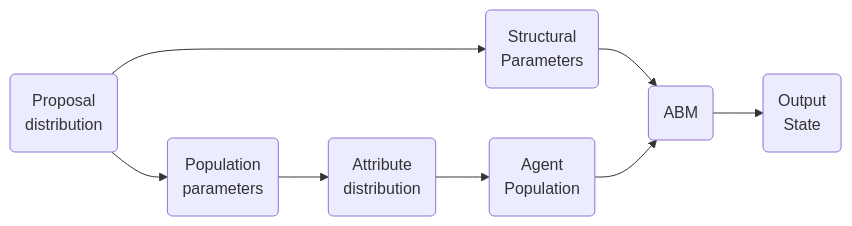
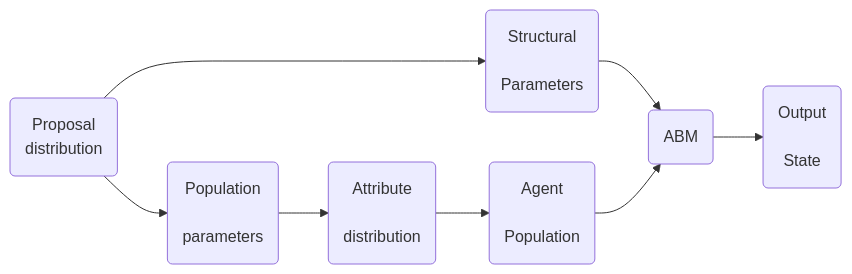
One commit to nb8g13/nb8g13.github.io changed the second of 2 diagrams in _posts/2024-07-22-population-synthesis.markdown. Above: the diagram before and after it, drawn with Mermaid. The commit also changed other lines of this file and 1 other file, not shown here.

````diff
--- a/_posts/2024-07-22-population-synthesis.markdown
+++ b/_posts/2024-07-22-population-synthesis.markdown
@@ -53,23 +53,23 @@
 ```mermaid
 graph LR
     prop("`Proposal 
     distribution`")
-    param("`Population 
-    parameters`")
-    attr("`Attribute 
-    distribution`")
-    struct("`Structural 
-    Parameters`")
-    pop("`Agent 
-    Population`")
-    sim("ABM")
-    state("`Output 
-    State`")
+    param("Population <br>
+    parameters")
+    attr(Attribute <br>
+    distribution)
+    struct(Structural <br>
+    Parameters)
+    pop(Agent <br>
+    Population)
+    sim(ABM)
+    state(Output <br>
+    State)
 
     prop --> param & struct
     param --> attr
     attr --> pop
     struct & pop --> sim
     sim --> state
 
 ```
````
